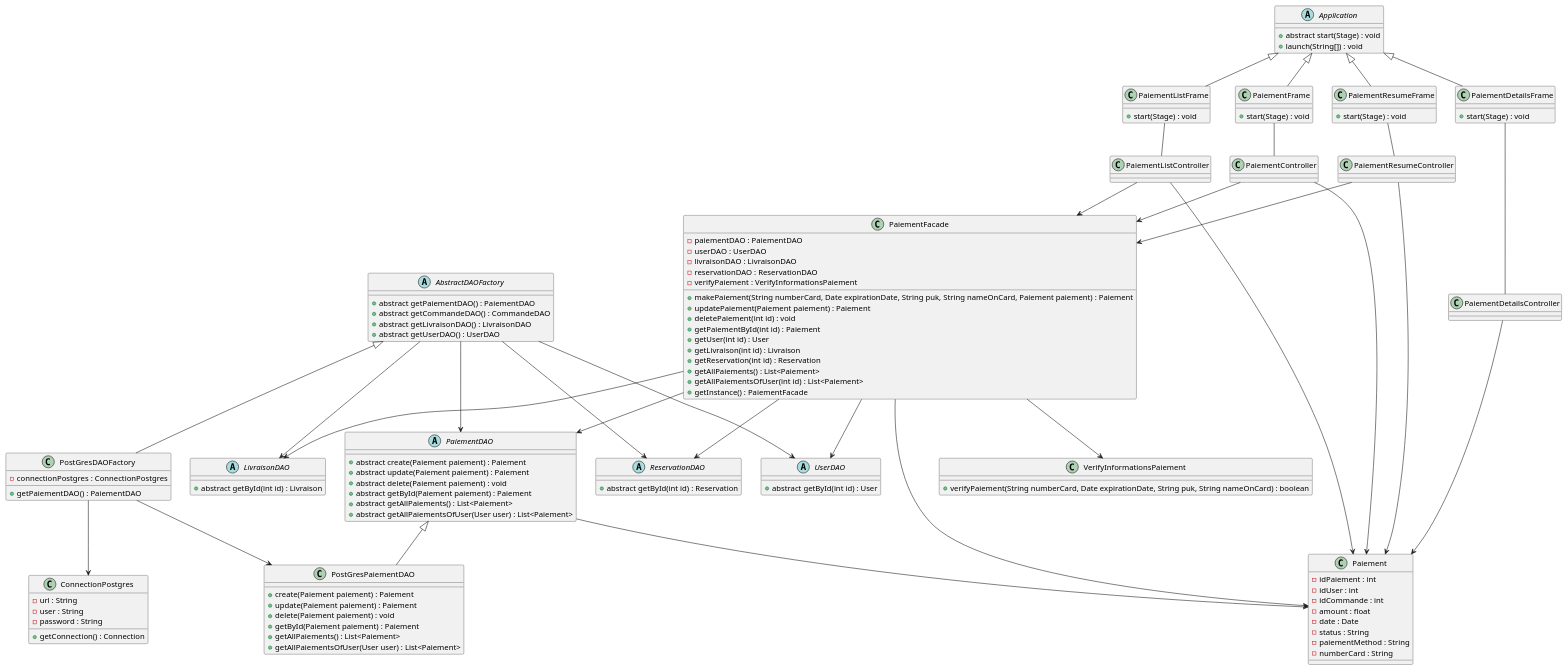
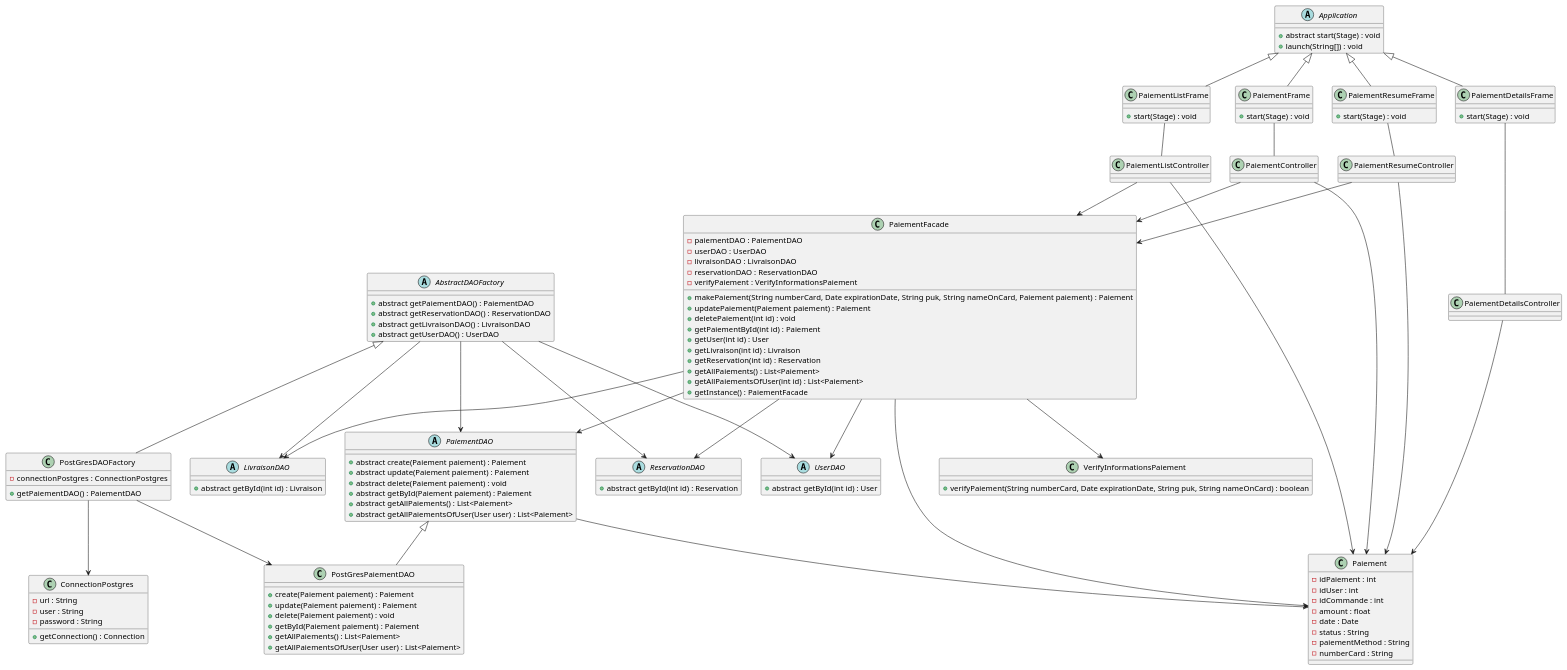
One commit to thmsfnr/Simplify changed the diagram in diagrammes/Paiement/class-diagram-paiement.puml. Above: the diagram before and after it, drawn with PlantUML. The commit also changed 8 other files, not shown here.

Commit message:
"Add of diagrams use case Reservation"

```diff
--- a/diagrammes/Paiement/class-diagram-paiement.puml
+++ b/diagrammes/Paiement/class-diagram-paiement.puml
@@ -1,174 +1,174 @@
 @startuml
 'https://plantuml.com/class-diagram
 
 ' Persistence Layer
 
 abstract class AbstractDAOFactory {
     + abstract getPaiementDAO() : PaiementDAO
-    + abstract getCommandeDAO() : CommandeDAO
+    + abstract getReservationDAO() : ReservationDAO
     + abstract getLivraisonDAO() : LivraisonDAO
     + abstract getUserDAO() : UserDAO
 }
 
 
 class PostGresDAOFactory extends AbstractDAOFactory {
     - connectionPostgres : ConnectionPostgres
     + getPaiementDAO() : PaiementDAO
 }
 
 abstract class PaiementDAO {
     + abstract create(Paiement paiement) : Paiement
     + abstract update(Paiement paiement) : Paiement
     + abstract delete(Paiement paiement) : void
     + abstract getById(Paiement paiement) : Paiement
     + abstract getAllPaiements() : List<Paiement>
     + abstract getAllPaiementsOfUser(User user) : List<Paiement>
 }
 
 abstract class UserDAO{
     + abstract getById(int id) : User
 }
 
 abstract class LivraisonDAO{
     + abstract getById(int id) : Livraison
 }
 
 abstract class ReservationDAO{
     + abstract getById(int id) : Reservation
 }
 
 class PostGresPaiementDAO extends PaiementDAO {
     + create(Paiement paiement) : Paiement
     + update(Paiement paiement) : Paiement
     + delete(Paiement paiement) : void
     + getById(Paiement paiement) : Paiement
     + getAllPaiements() : List<Paiement>
     + getAllPaiementsOfUser(User user) : List<Paiement>
 }
 
 
 class ConnectionPostgres {
     - url : String
     - user : String
     - password : String
     + getConnection() : Connection
 }
 
 
 ' Business Layer
 
 class PaiementFacade {
     - paiementDAO : PaiementDAO
     - userDAO : UserDAO
     - livraisonDAO : LivraisonDAO
     - reservationDAO : ReservationDAO
     - verifyPaiement : VerifyInformationsPaiement
     + makePaiement(String numberCard, Date expirationDate, String puk, String nameOnCard, Paiement paiement) : Paiement
     + updatePaiement(Paiement paiement) : Paiement
     + deletePaiement(int id) : void
     + getPaiementById(int id) : Paiement
     + getUser(int id) : User
     + getLivraison(int id) : Livraison
     + getReservation(int id) : Reservation
     + getAllPaiements() : List<Paiement>
     + getAllPaiementsOfUser(int id) : List<Paiement>
     + getInstance() : PaiementFacade
 }
 
 
 class VerifyInformationsPaiement {
     + verifyPaiement(String numberCard, Date expirationDate, String puk, String nameOnCard) : boolean
 }
 
 
 class Paiement {
     - idPaiement : int
     - idUser : int
     - idCommande : int
     - amount : float
     - date : Date
     - status : String
     - paiementMethod : String
     - numberCard : String
 }
 
 
 ' Presentation Layer
 
 abstract class Application{
     + abstract start(Stage) : void
     + launch(String[]) : void
 }
 
 class PaiementListFrame extends Application{
     +start(Stage) : void
 }
 
 class PaiementListController{
 
 }
 
 class PaiementFrame extends Application{
     +start(Stage) : void
 }
 
 class PaiementController{
 
 }
 
 class PaiementResumeFrame extends Application{
     +start(Stage) : void
 }
 
 class PaiementResumeController{
 
 }
 
 class PaiementDetailsFrame extends Application{
     +start(Stage) : void
 }
 
 class PaiementDetailsController{
 
 }
 
 
 
 ' Associations
 PostGresDAOFactory --> ConnectionPostgres
 PostGresDAOFactory --> PostGresPaiementDAO
 AbstractDAOFactory --> PaiementDAO
 
 AbstractDAOFactory --> UserDAO
 AbstractDAOFactory --> LivraisonDAO
 AbstractDAOFactory --> ReservationDAO
 
 PaiementFacade --> PaiementDAO
 PaiementFacade --> UserDAO
 PaiementFacade --> LivraisonDAO
 PaiementFacade --> ReservationDAO
 
 
 
 PaiementListFrame -- PaiementListController
 PaiementFrame -- PaiementController
 
 PaiementListController --> PaiementFacade
 PaiementController --> PaiementFacade
 
 PaiementResumeFrame -- PaiementResumeController
 PaiementResumeController --> PaiementFacade
 
 PaiementDetailsFrame -- PaiementDetailsController
 
 
 PaiementFacade --> VerifyInformationsPaiement
 
 PaiementFacade --> Paiement
 PaiementDAO --> Paiement
 PaiementController --> Paiement
 PaiementListController --> Paiement
 PaiementResumeController --> Paiement
 PaiementDetailsController --> Paiement
 
 @enduml
```
